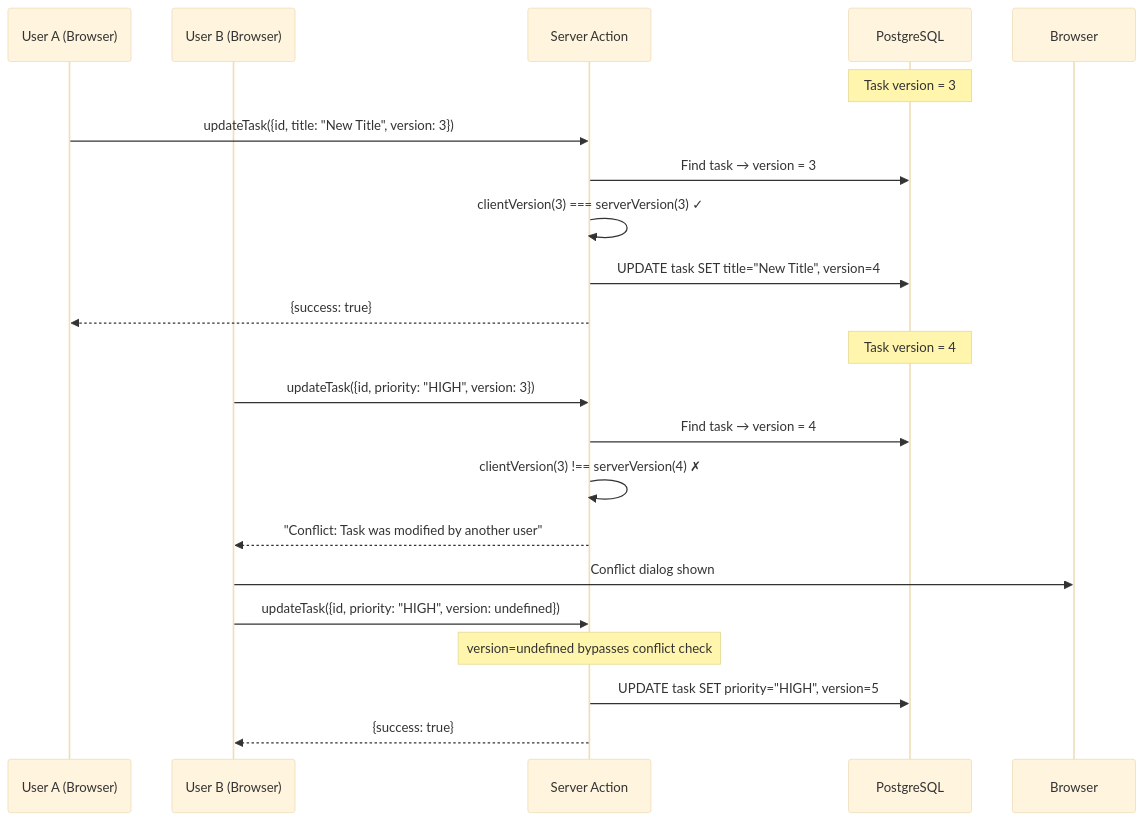
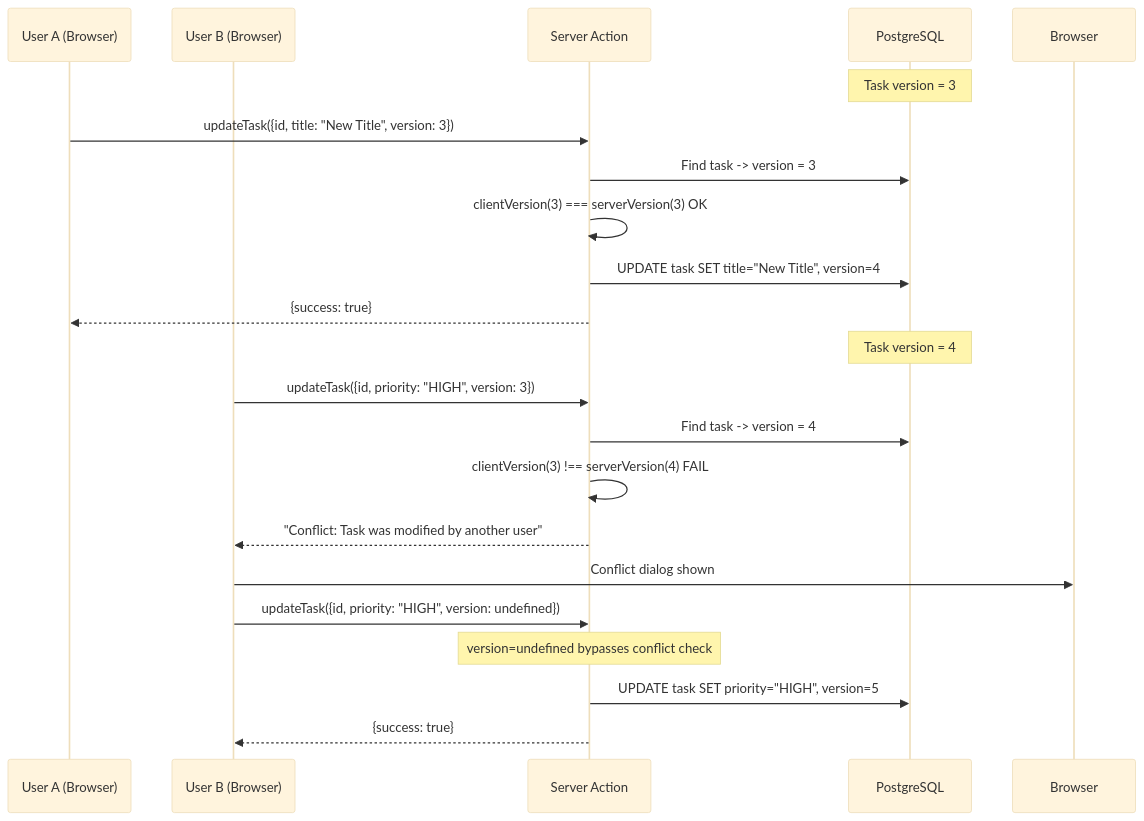
The third of 10 diagrams in docs/05-task-management.md (asefahmed500/Smart-Task-App_IIT_DU_Final_Project), drawn with Mermaid (base theme) before and after one commit. The commit also changed other lines of this file and 8 other files, not shown here.

Commit message:
fix: remove br tags from mermaid diagrams for GitHub rendering

````diff
--- a/docs/05-task-management.md
+++ b/docs/05-task-management.md
@@ -145,28 +145,28 @@
 ```mermaid
 sequenceDiagram
     participant UserA as User A (Browser)
     participant UserB as User B (Browser)
     participant Server as Server Action
     participant DB as PostgreSQL
 
     Note over DB: Task version = 3
 
     UserA->>Server: updateTask({id, title: "New Title", version: 3})
-    Server->>DB: Find task → version = 3
-    Server->>Server: clientVersion(3) === serverVersion(3) ✓
+    Server->>DB: Find task -> version = 3
+    Server->>Server: clientVersion(3) === serverVersion(3) OK
     Server->>DB: UPDATE task SET title="New Title", version=4
     Server-->>UserA: {success: true}
 
     Note over DB: Task version = 4
 
     UserB->>Server: updateTask({id, priority: "HIGH", version: 3})
-    Server->>DB: Find task → version = 4
-    Server->>Server: clientVersion(3) !== serverVersion(4) ✗
+    Server->>DB: Find task -> version = 4
+    Server->>Server: clientVersion(3) !== serverVersion(4) FAIL
     Server-->>UserB: "Conflict: Task was modified by another user"
 
     UserB->>Browser: Conflict dialog shown
     UserB->>Server: updateTask({id, priority: "HIGH", version: undefined})
     Note over Server: version=undefined bypasses conflict check
     Server->>DB: UPDATE task SET priority="HIGH", version=5
     Server-->>UserB: {success: true}
 ```
````
